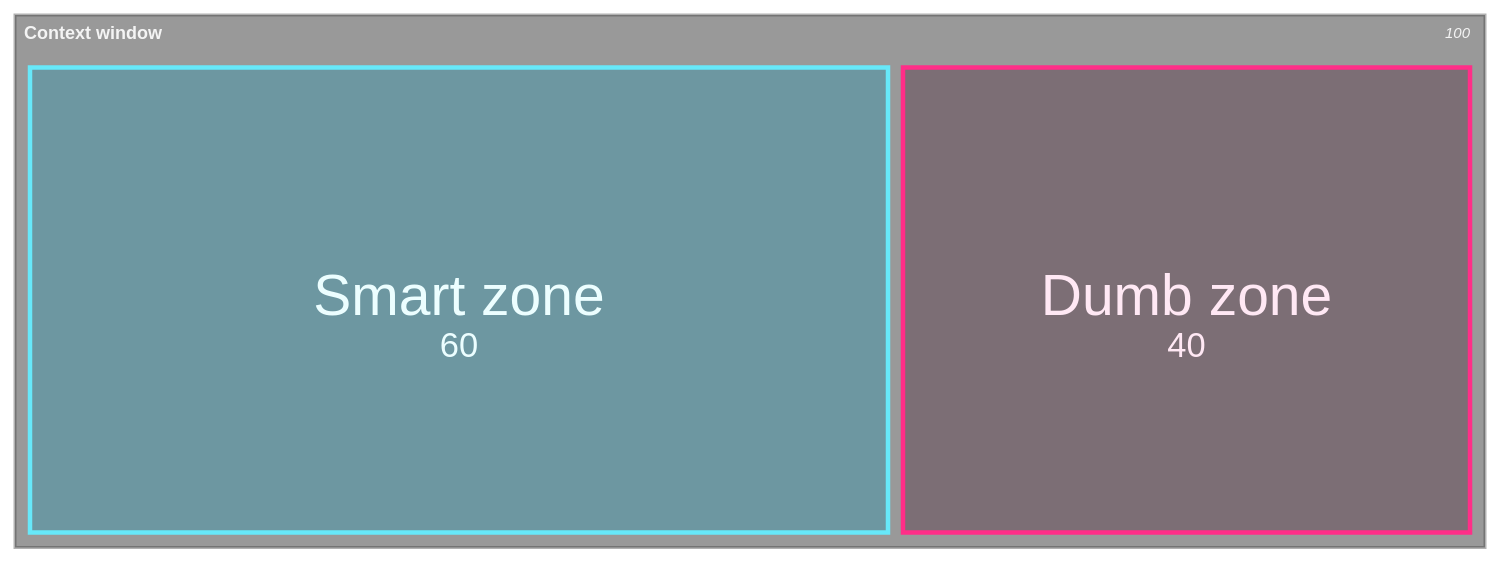
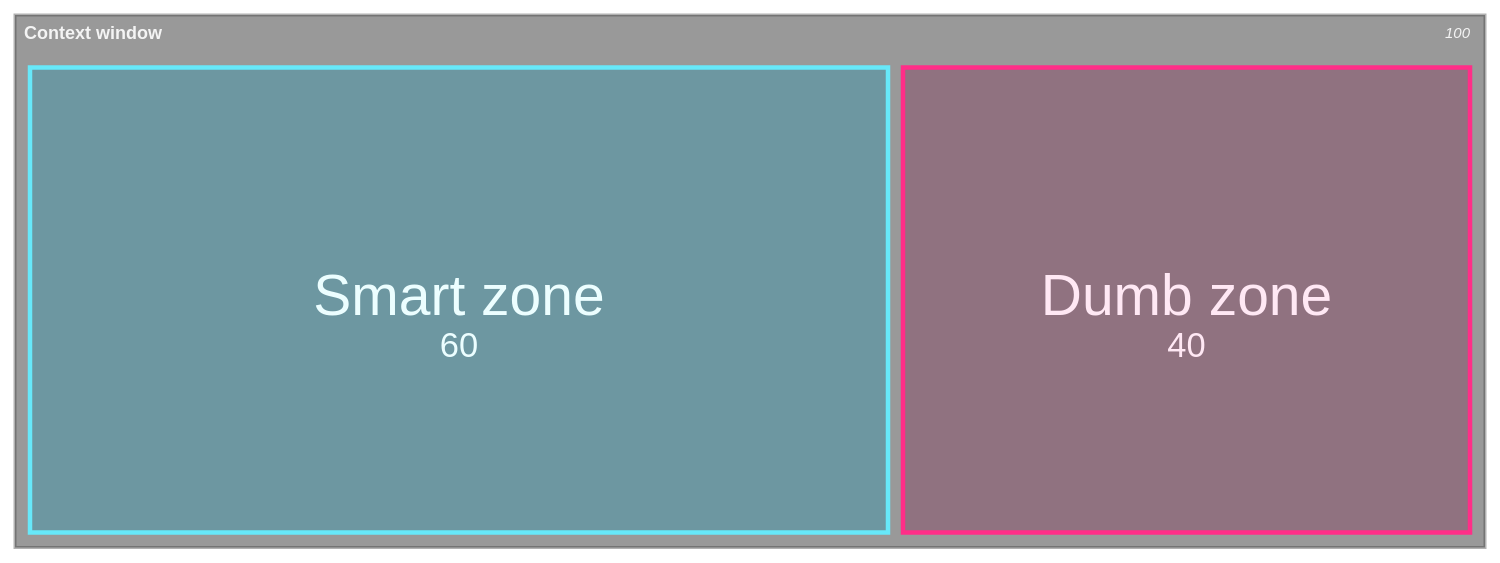
The first of 5 diagrams in src/content/glossary/context-engineering.md (theomonfort/theomonfort), drawn with Mermaid (neutral theme) before and after one commit. The commit also changed other lines of this file, not shown here.

````diff
--- a/src/content/glossary/context-engineering.md
+++ b/src/content/glossary/context-engineering.md
@@ -41,8 +41,8 @@
 ```mermaid
 treemap-beta
 "Context window"
   "Smart zone": 60:::smart
   "Dumb zone": 40:::dumb
 classDef smart fill:#0891b2,stroke:#67e8f9,color:#ecfeff
-classDef dumb fill:#3b0b24,stroke:#ff2e88,color:#ffe8f4
+classDef dumb fill:#7a1748,stroke:#ff2e88,color:#ffe8f4
 ```
````
